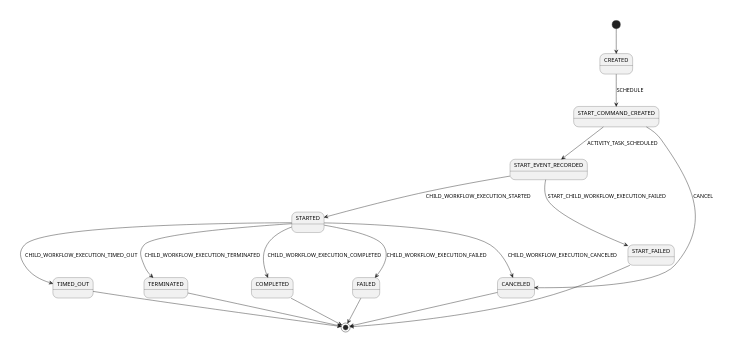
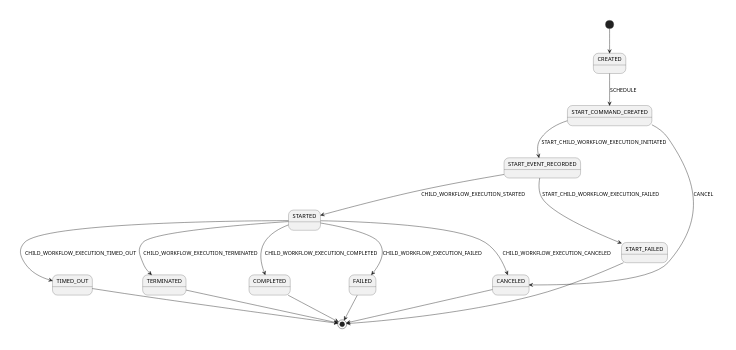
One commit to mfateev/temporal-java-sdk changed the diagram in src/main/java/io/temporal/internal/csm/ChildWorkflowCommands.puml. Above: the diagram before and after it, drawn with PlantUML. The commit also changed 19 other files, not shown here.

```diff
--- a/src/main/java/io/temporal/internal/csm/ChildWorkflowCommands.puml
+++ b/src/main/java/io/temporal/internal/csm/ChildWorkflowCommands.puml
@@ -21,20 +21,20 @@
 @startuml
 scale 350 width
 [*] --> CREATED
 CREATED --> START_COMMAND_CREATED: SCHEDULE
-START_COMMAND_CREATED --> START_EVENT_RECORDED: ACTIVITY_TASK_SCHEDULED
+START_COMMAND_CREATED --> START_EVENT_RECORDED: START_CHILD_WORKFLOW_EXECUTION_INITIATED
 START_COMMAND_CREATED --> CANCELED: CANCEL
 START_EVENT_RECORDED --> STARTED: CHILD_WORKFLOW_EXECUTION_STARTED
 START_EVENT_RECORDED --> START_FAILED: START_CHILD_WORKFLOW_EXECUTION_FAILED
 STARTED --> COMPLETED: CHILD_WORKFLOW_EXECUTION_COMPLETED
 STARTED --> FAILED: CHILD_WORKFLOW_EXECUTION_FAILED
 STARTED --> TIMED_OUT: CHILD_WORKFLOW_EXECUTION_TIMED_OUT
 STARTED --> CANCELED: CHILD_WORKFLOW_EXECUTION_CANCELED
 STARTED --> TERMINATED: CHILD_WORKFLOW_EXECUTION_TERMINATED
 START_FAILED --> [*]
 COMPLETED --> [*]
 FAILED --> [*]
 CANCELED --> [*]
 TIMED_OUT --> [*]
 TERMINATED --> [*]
 @enduml
```
